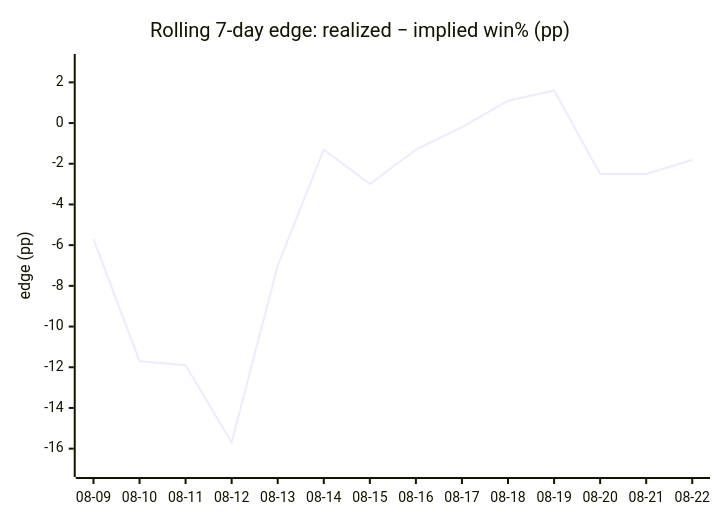
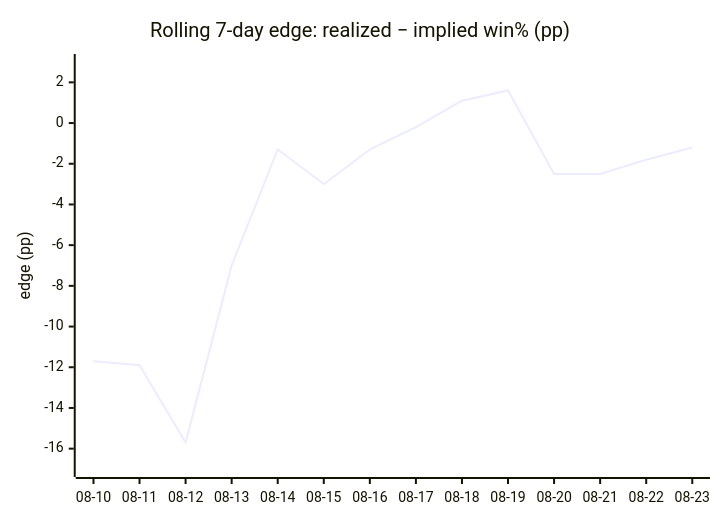
One commit to dpk1212/nhl-savant changed the fourth of 4 diagrams in DAILY_AGSU_REPORT.md. Above: the diagram before and after it, drawn with Mermaid. The commit also changed other lines of this file, not shown here.

````diff
--- a/DAILY_AGSU_REPORT.md
+++ b/DAILY_AGSU_REPORT.md
@@ -843,7 +847,7 @@
 ```mermaid
 xychart-beta
     title "Rolling 7-day edge: realized − implied win% (pp)"
-    x-axis ["08-09", "08-10", "08-11", "08-12", "08-13", "08-14", "08-15", "08-16", "08-17", "08-18", "08-19", "08-20", "08-21", "08-22"]
+    x-axis ["08-10", "08-11", "08-12", "08-13", "08-14", "08-15", "08-16", "08-17", "08-18", "08-19", "08-20", "08-21", "08-22", "08-23"]
     y-axis "edge (pp)" -17 --> 3
-    line [-5.7, -11.7, -11.9, -15.7, -7, -1.3, -3, -1.3, -0.2, 1.1, 1.6, -2.5, -2.5, -1.8]
+    line [-11.7, -11.9, -15.7, -7, -1.3, -3, -1.3, -0.2, 1.1, 1.6, -2.5, -2.5, -1.8, -1.2]
 ```
````
